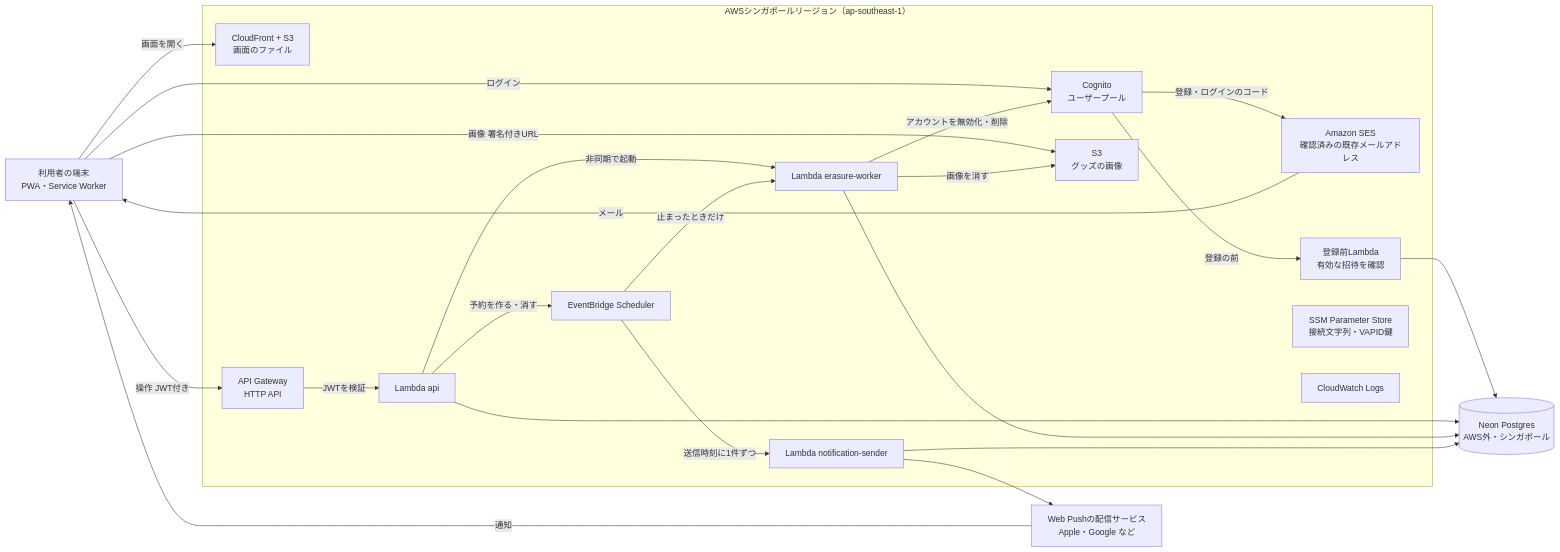
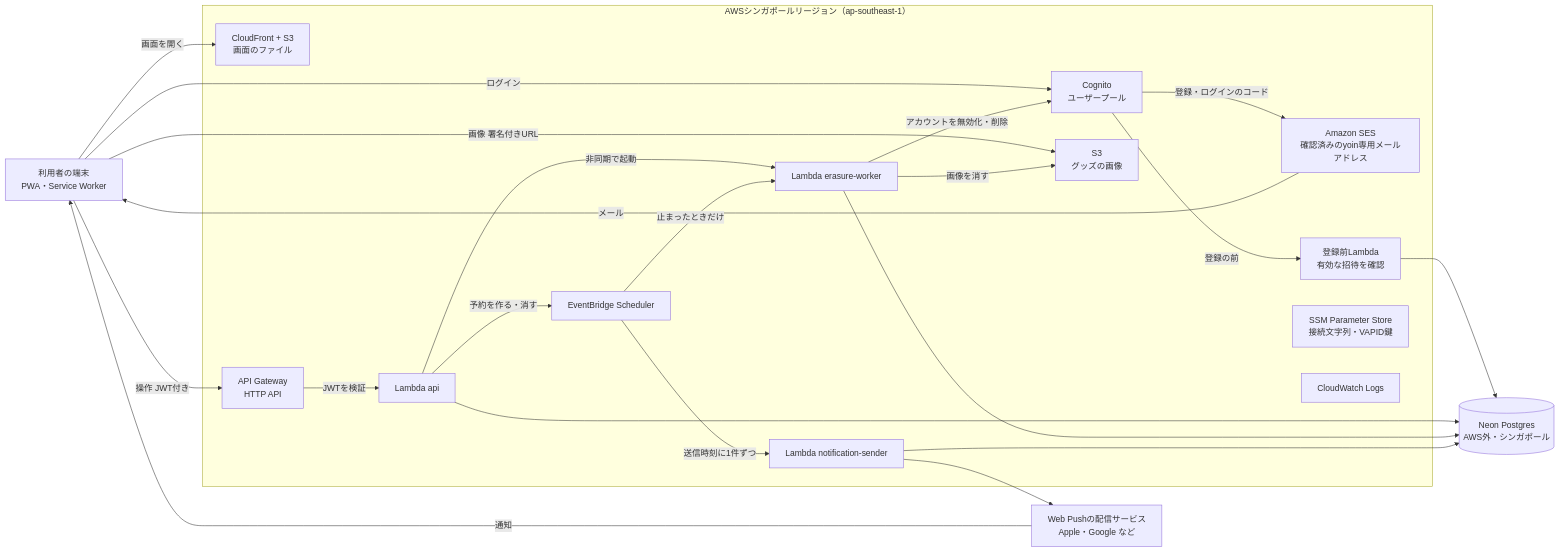
The diagram in docs/architecture.md (oze-xxbumpxx/yoin), drawn with Mermaid before and after one commit. The commit also changed other lines of this file and 3 other files, not shown here.

````diff
--- a/docs/architecture.md
+++ b/docs/architecture.md
@@ -13,41 +13,41 @@
 ```mermaid
 flowchart LR
   device[利用者の端末<br>PWA・Service Worker]
   subgraph aws[AWSシンガポールリージョン（ap-southeast-1）]
     cf[CloudFront + S3<br>画面のファイル]
     cognito[Cognito<br>ユーザープール]
-    ses[Amazon SES<br>確認済みの既存メールアドレス]
+    ses[Amazon SES<br>確認済みのyoin専用メールアドレス]
     signup[登録前Lambda<br>有効な招待を確認]
     apigw[API Gateway<br>HTTP API]
     api[Lambda api]
     worker[Lambda erasure-worker]
     sender[Lambda notification-sender]
     sched[EventBridge Scheduler]
     img[S3<br>グッズの画像]
     ssm[SSM Parameter Store<br>接続文字列・VAPID鍵]
     logs[CloudWatch Logs]
   end
   neon[(Neon Postgres<br>AWS外・シンガポール)]
   push[Web Pushの配信サービス<br>Apple・Google など]
 
   device -->|画面を開く| cf
   device -->|ログイン| cognito
   cognito -->|登録・ログインのコード| ses
   ses -->|メール| device
   cognito -->|登録の前| signup
   signup --> neon
   device -->|操作 JWT付き| apigw
   device -->|画像 署名付きURL| img
   apigw -->|JWTを検証| api
   api -->|非同期で起動| worker
   api -->|予約を作る・消す| sched
   sched -->|止まったときだけ| worker
   sched -->|送信時刻に1件ずつ| sender
   api --> neon
   worker --> neon
   sender --> neon
   worker -->|画像を消す| img
   worker -->|アカウントを無効化・削除| cognito
   sender --> push
   push -->|通知| device
 ```
````
